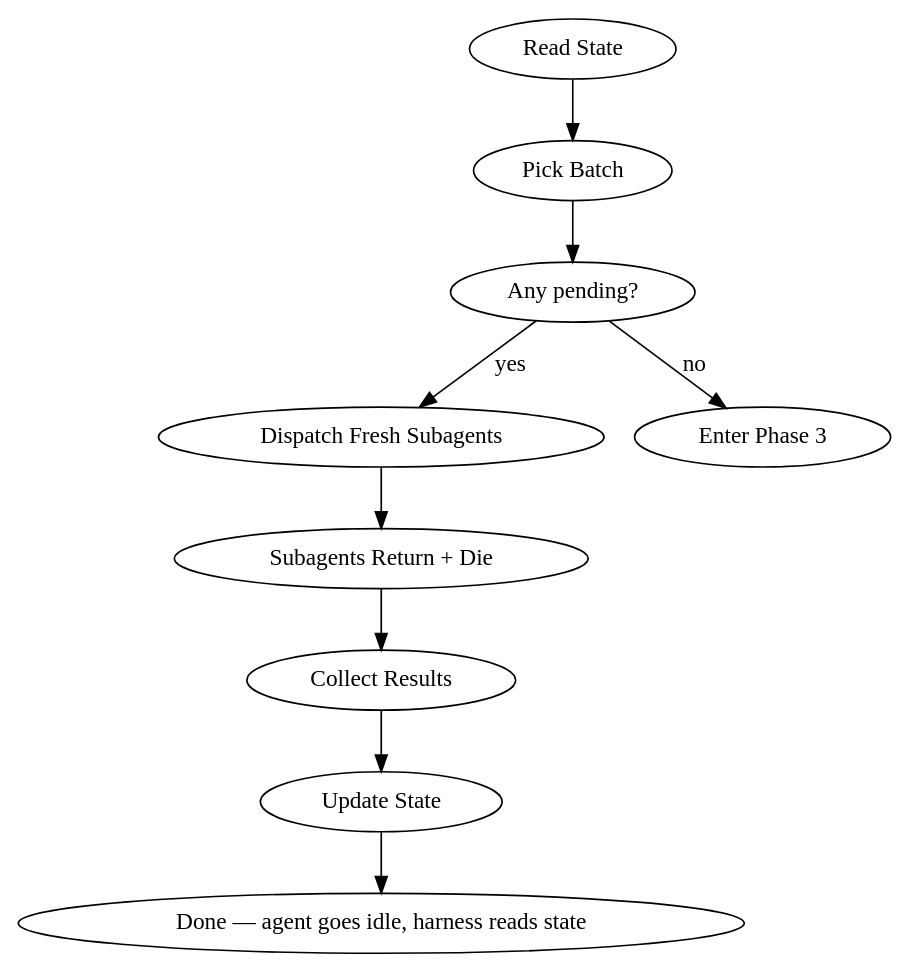
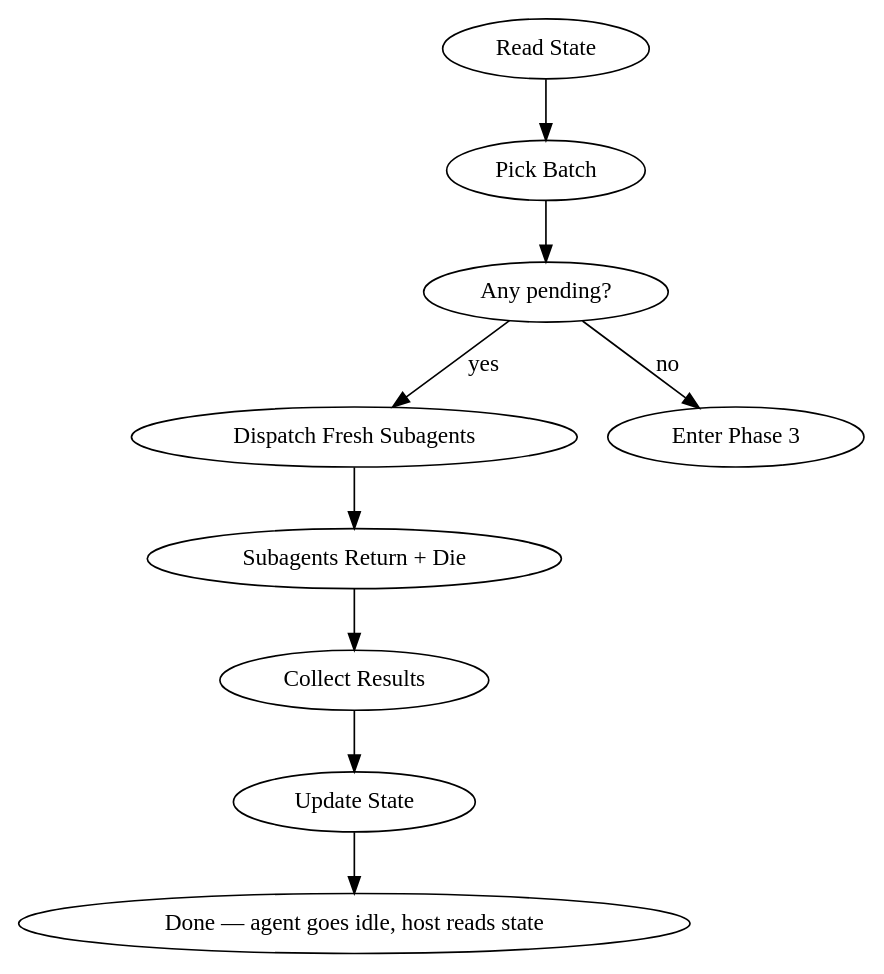
The second of 3 diagrams in SKILL.md (visual-z/agent-test), drawn with Graphviz before and after one commit. The commit also changed other lines of this file and 5 other files, not shown here.

````diff
--- a/SKILL.md
+++ b/SKILL.md
@@ -240,12 +234,12 @@
 ```dot
 digraph iteration {
     "Read State" -> "Pick Batch";
     "Pick Batch" -> "Any pending?";
     "Any pending?" -> "Dispatch Fresh Subagents" [label="yes"];
     "Any pending?" -> "Enter Phase 3" [label="no"];
     "Dispatch Fresh Subagents" -> "Subagents Return + Die";
     "Subagents Return + Die" -> "Collect Results";
     "Collect Results" -> "Update State";
-    "Update State" -> "Done — agent goes idle, harness reads state";
+    "Update State" -> "Done — agent goes idle, host reads state";
 }
 ```
````
